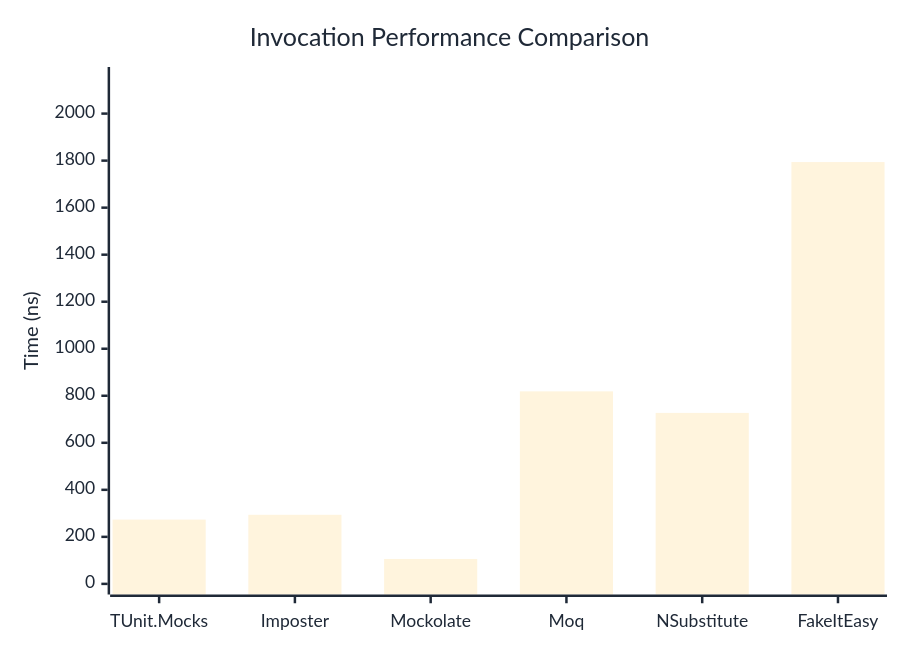
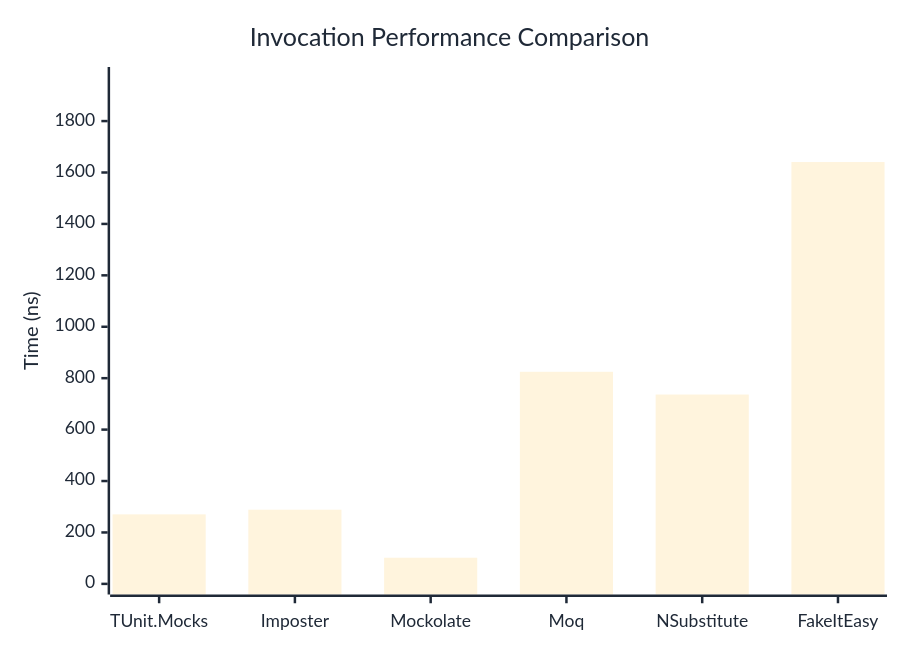
Before and after one commit to thomhurst/TUnit: the first of 3 diagrams in docs/docs/benchmarks/mocks/Invocation.md, drawn with Mermaid. The commit also changed other lines of this file and 14 other files, not shown here.

````diff
--- a/docs/docs/benchmarks/mocks/Invocation.md
+++ b/docs/docs/benchmarks/mocks/Invocation.md
@@ -30,27 +30,27 @@
 ```mermaid
 %%{init: {
   'theme':'base',
   'themeVariables': {
     'primaryColor': '#2563eb',
     'primaryTextColor': '#1f2937',
     'primaryBorderColor': '#1e40af',
     'lineColor': '#6b7280',
     'secondaryColor': '#7c3aed',
     'tertiaryColor': '#dc2626',
     'background': '#ffffff',
     'pie1': '#2563eb',
     'pie2': '#7c3aed',
     'pie3': '#dc2626',
     'pie4': '#f59e0b',
     'pie5': '#10b981',
     'pie6': '#06b6d4',
     'pie7': '#ec4899',
     'pie8': '#6366f1'
   }
 }}%%
 xychart-beta
   title "Invocation Performance Comparison"
   x-axis ["TUnit.Mocks", "Imposter", "Mockolate", "Moq", "NSubstitute", "FakeItEasy"]
-  y-axis "Time (ns)" 0 --> 2153
-  bar [273.44, 293.83, 105.93, 818.73, 727.17, 1793.85]
+  y-axis "Time (ns)" 0 --> 1969
+  bar [270.39, 288.53, 101.63, 824.92, 736.4, 1640.64]
 ```
````
